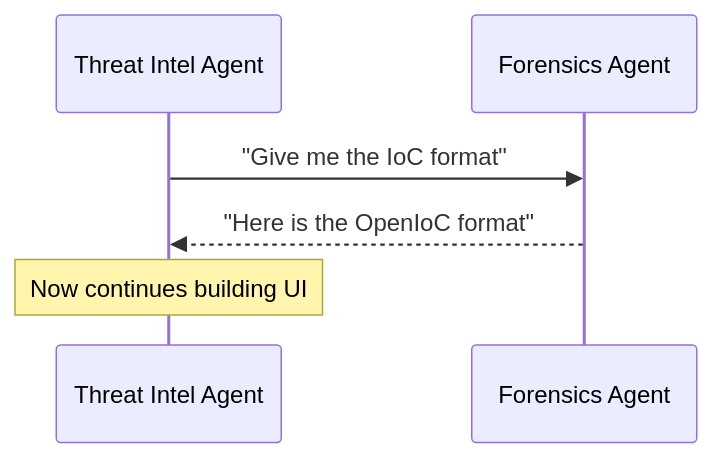
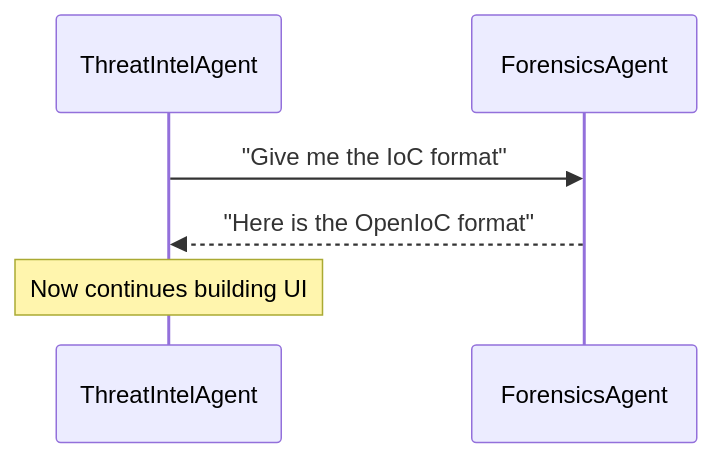
Before and after one commit to Sujalkathait/-AI-Agent-Security-Playbook.: diagram 17 of 53 in AI Agent Communication.md, drawn with Mermaid. The commit also changed other lines of this file, not shown here.

Commit message:
fix: resolve mermaid syntax errors by removing spaces from node IDs

````diff
--- a/AI Agent Communication.md
+++ b/AI Agent Communication.md
@@ -521,9 +521,9 @@
 ```mermaid
 sequenceDiagram
-  participant Frontend as Threat Intel Agent
-  participant Backend as Forensics Agent
+  participant Frontend as ThreatIntelAgent
+  participant Backend as ForensicsAgent
 
   Frontend->>Backend: "Give me the IoC format"
   Backend-->>Frontend: "Here is the OpenIoC format"
   Note over Frontend: Now continues building UI
 ```
````
